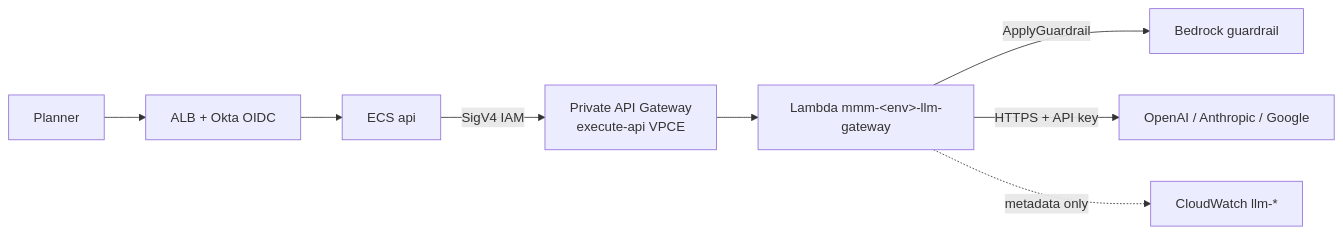
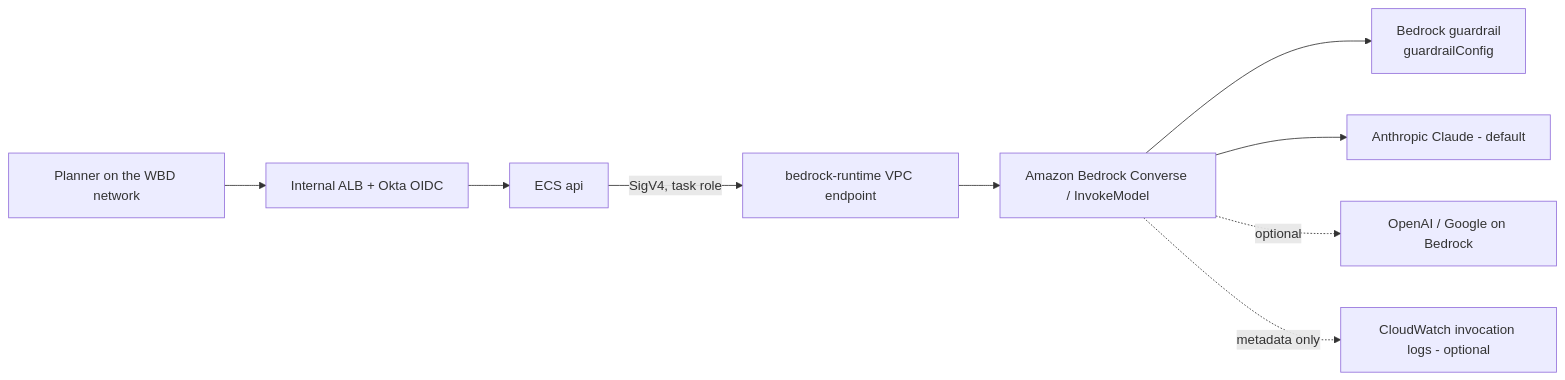
One commit to Yashwanth-wbd/wbd-aws-devops changed the diagram in docs/12-genai-bedrock.md. Above: the diagram before and after it, drawn with Mermaid. The commit also changed other lines of this file and 93 other files, not shown here.

First line of the commit message:
Implement requirement 6 (WBD_MMM_Architecture_6): internal ALB, no WAF/Route 53/API Gateway, Bedrock (Anthropic default)

````diff
--- a/docs/12-genai-bedrock.md
+++ b/docs/12-genai-bedrock.md
@@ -19,9 +20,10 @@
 ```mermaid
 flowchart LR
-  user[Planner] --> alb[ALB + Okta OIDC] --> api[ECS api]
-  api -->|SigV4 IAM| apigw[Private API Gateway<br/>execute-api VPCE]
-  apigw --> lambda[Lambda mmm-&lt;env&gt;-llm-gateway]
-  lambda -->|ApplyGuardrail| gr[Bedrock guardrail]
-  lambda -->|HTTPS + API key| llm[OpenAI / Anthropic / Google]
-  lambda -.metadata only.-> logs[CloudWatch llm-*]
+  user[Planner on the WBD network] --> alb[Internal ALB + Okta OIDC] --> api[ECS api]
+  api -->|SigV4, task role| vpce[bedrock-runtime VPC endpoint]
+  vpce --> br[Amazon Bedrock Converse / InvokeModel]
+  br --> gr[Bedrock guardrail<br/>guardrailConfig]
+  br --> m1[Anthropic Claude - default]
+  br -.optional.-> m2[OpenAI / Google on Bedrock]
+  br -.metadata only.-> logs[CloudWatch invocation logs - optional]
 ```
````
